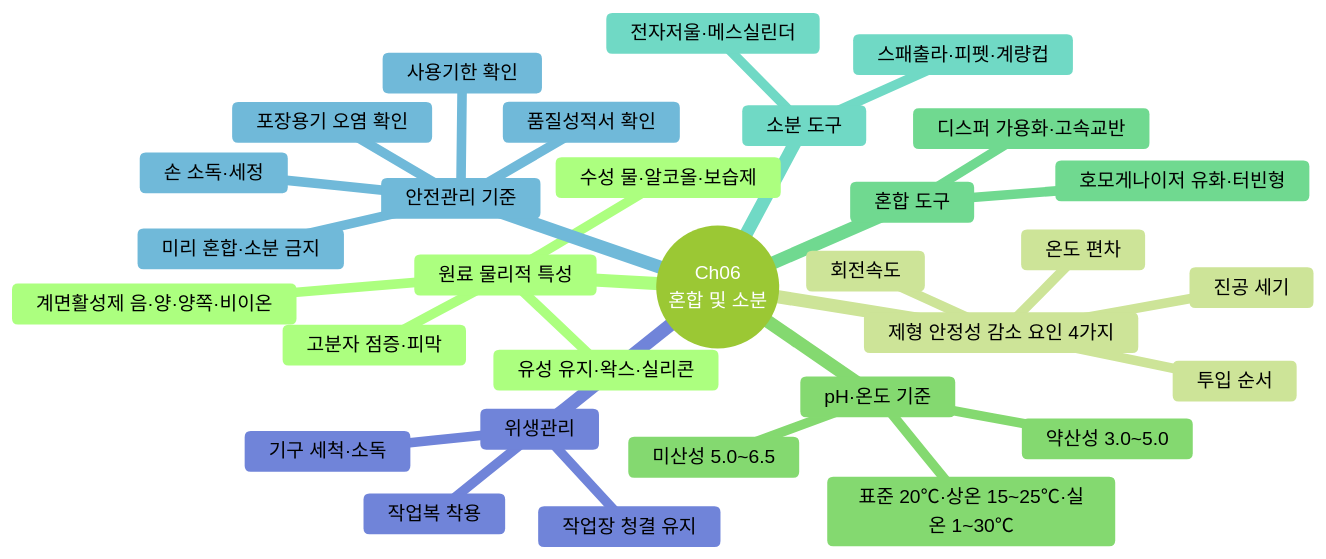
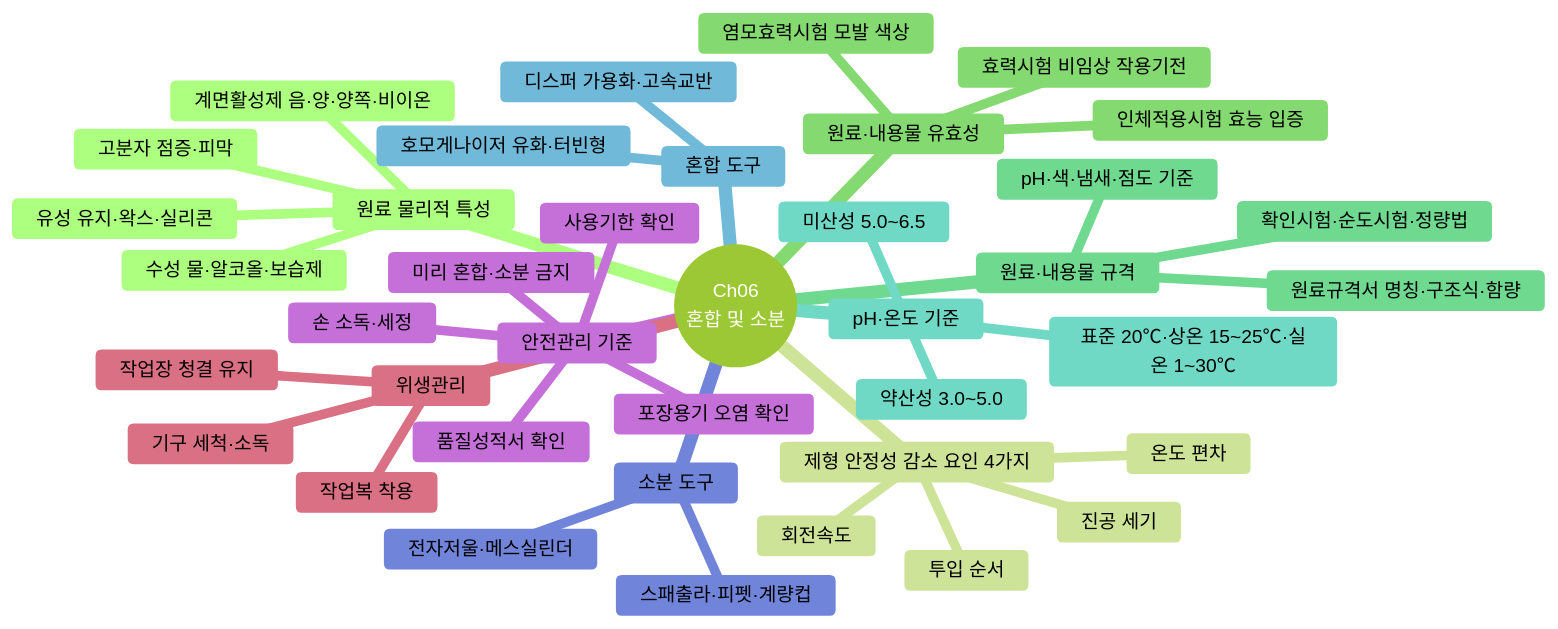
Before and after one commit to skygoldlee-cyber/Personalized_Skincare: diagram 20 of 28 in content/교재/understanding/4과목_맞춤형화장품의이해_이야기형.md, drawn with Mermaid (forest theme). The commit also changed other lines of this file and 6 other files, not shown here.

````diff
--- a/content/교재/understanding/4과목_맞춤형화장품의이해_이야기형.md
+++ b/content/교재/understanding/4과목_맞춤형화장품의이해_이야기형.md
@@ -3377,34 +3413,42 @@
 ```mermaid
 mindmap
  root((Ch06<br/>혼합 및 소분))
   원료 물리적 특성
    수성 물·알코올·보습제
    유성 유지·왁스·실리콘
    계면활성제 음·양·양쪽·비이온
    고분자 점증·피막
   제형 안정성 감소 요인 4가지
    투입 순서
    온도 편차
    회전속도
    진공 세기
+  원료·내용물 유효성
+   효력시험 비임상 작용기전
+   인체적용시험 효능 입증
+   염모효력시험 모발 색상
+  원료·내용물 규격
+   원료규격서 명칭·구조식·함량
+   확인시험·순도시험·정량법
+   pH·색·냄새·점도 기준
   pH·온도 기준
    미산성 5.0~6.5
    약산성 3.0~5.0
    표준 20℃·상온 15~25℃·실온 1~30℃
   혼합 도구
    호모게나이저 유화·터빈형
    디스퍼 가용화·고속교반
   소분 도구
    스패출라·피펫·계량컵
    전자저울·메스실린더
   안전관리 기준
    품질성적서 확인
    손 소독·세정
    포장용기 오염 확인
    사용기한 확인
    미리 혼합·소분 금지
   위생관리
    작업복 착용
    기구 세척·소독
    작업장 청결 유지
 ```
````
